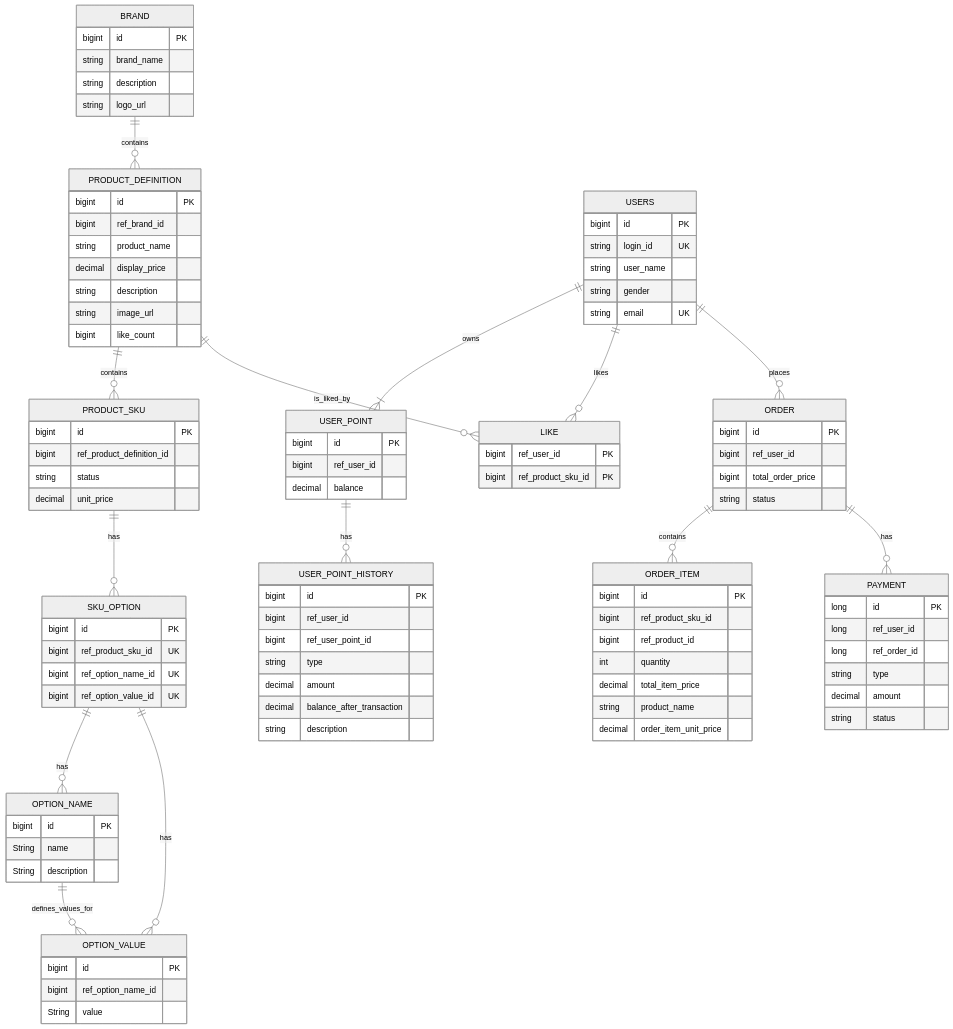
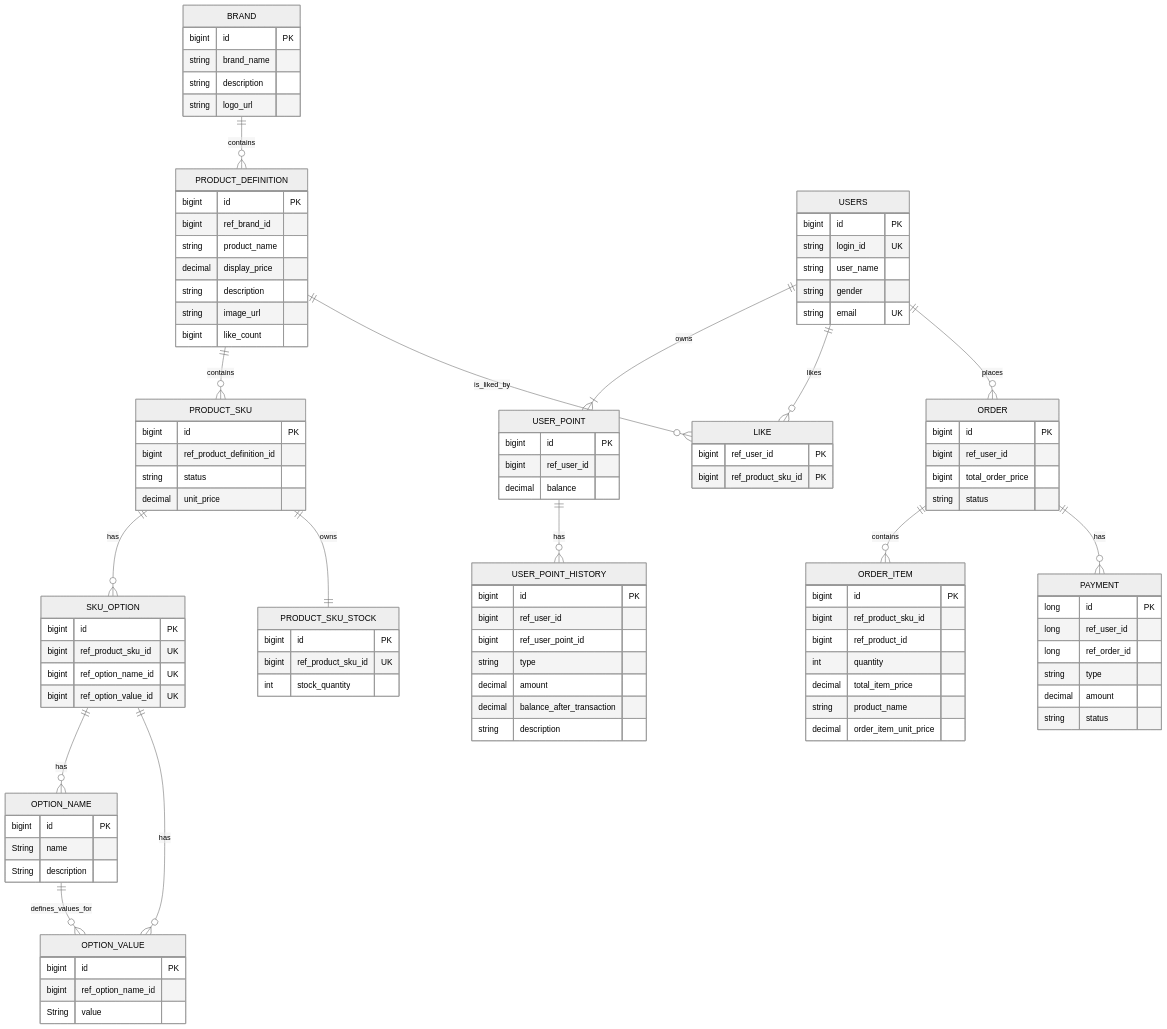
The diagram in docs/design/04-erd.md (oongdeveloper/loopers-round), drawn with Mermaid (neutral theme) before and after one commit.

Commit message:
ERD 에 [재고] 추가

````diff
--- a/docs/design/04-erd.md
+++ b/docs/design/04-erd.md
@@ -44,7 +44,13 @@
 		bigint id PK
 		String name
 		String description
-	}     
+	}
+
+	PRODUCT_SKU_STOCK{
+		bigint id PK
+		bigint ref_product_sku_id UK
+		int stock_quantity
+	}
 	
 	USERS {
 		bigint id PK
@@ -116,4 +122,5 @@
 	USERS ||--o{ ORDER : places
 	ORDER ||--o{ ORDER_ITEM : contains
 	ORDER ||--o{ PAYMENT : has
+	PRODUCT_SKU ||--|| PRODUCT_SKU_STOCK : owns
 ```
````
